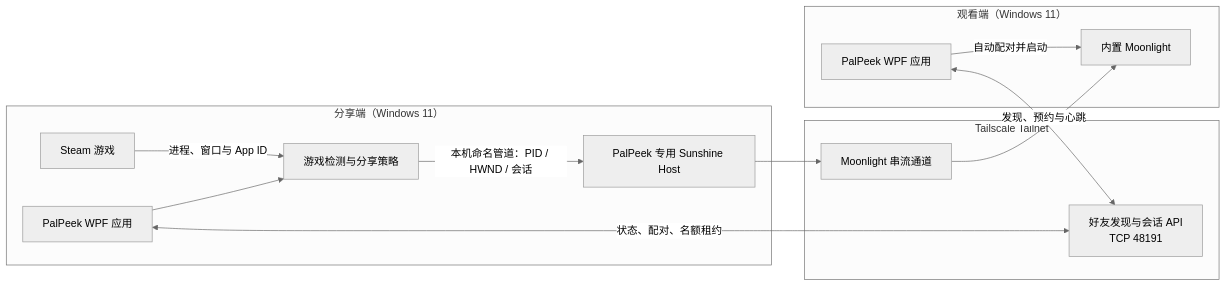
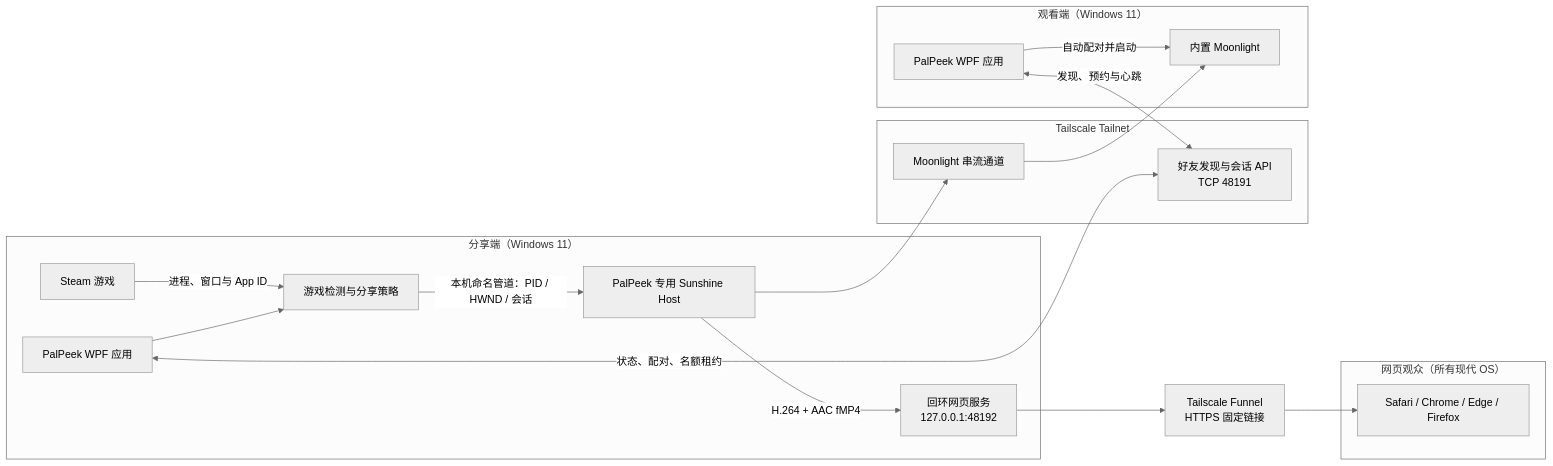
One commit to AGOODNY/PalPeek changed the diagram in README.md. Above: the diagram before and after it, drawn with Mermaid (neutral theme). The commit also changed other lines of this file and 38 other files, not shown here.

````diff
--- a/README.md
+++ b/README.md
@@ -20,28 +21,38 @@
 ```mermaid
 flowchart LR
     subgraph Host["分享端（Windows 11）"]
         Steam["Steam 游戏"]
         AppH["PalPeek WPF 应用"]
         HostCore["游戏检测与分享策略"]
         Sunshine["PalPeek 专用 Sunshine Host"]
+        Web["回环网页服务<br/>127.0.0.1:48192"]
 
         Steam -->|"进程、窗口与 App ID"| HostCore
         AppH --> HostCore
         HostCore -->|"本机命名管道：PID / HWND / 会话"| Sunshine
+        Sunshine -->|"H.264 + AAC fMP4"| Web
     end
 
     subgraph Tailnet["Tailscale Tailnet"]
         API["好友发现与会话 API<br/>TCP 48191"]
         Stream["Moonlight 串流通道"]
     end
 
+    Funnel["Tailscale Funnel<br/>HTTPS 固定链接"]
+
     subgraph Viewer["观看端（Windows 11）"]
         AppV["PalPeek WPF 应用"]
         Moonlight["内置 Moonlight"]
+    end
+
+
+    subgraph BrowserViewer["网页观众（所有现代 OS）"]
+        Browser["Safari / Chrome / Edge / Firefox"]
     end
 
     AppH <-->|"状态、配对、名额租约"| API
     AppV <-->|"发现、预约与心跳"| API
     Sunshine --> Stream --> Moonlight
     AppV -->|"自动配对并启动"| Moonlight
+    Web --> Funnel --> Browser
 ```
````
